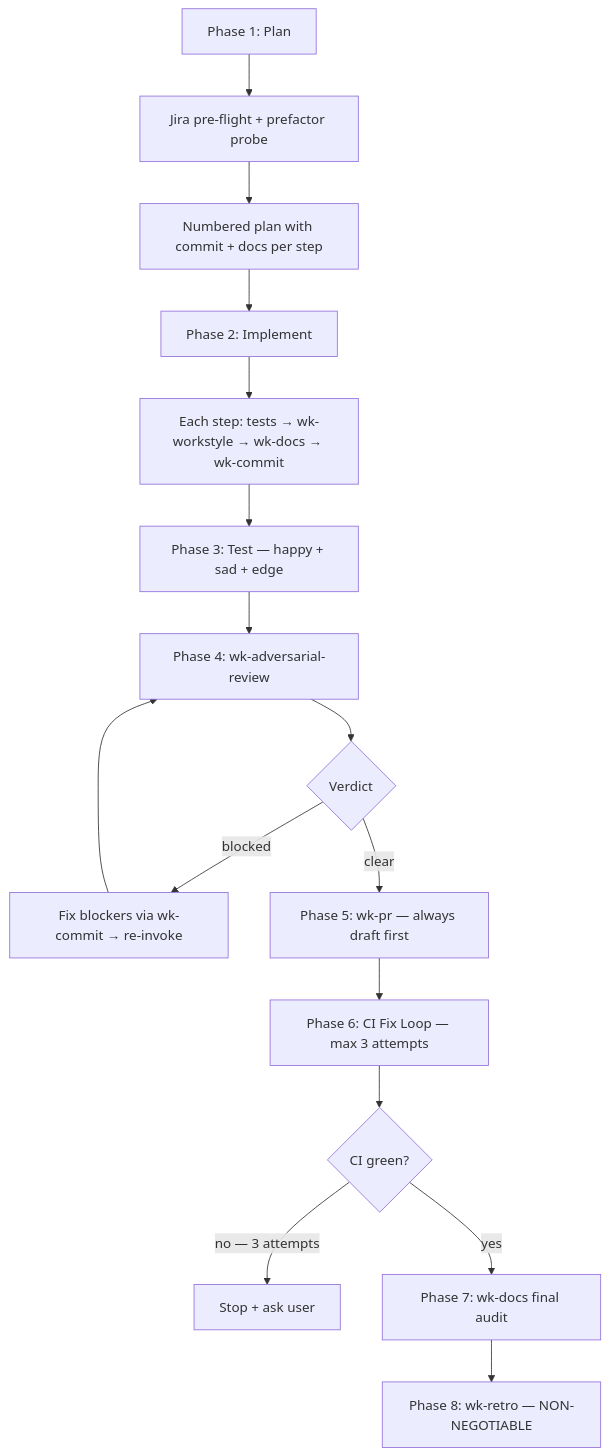
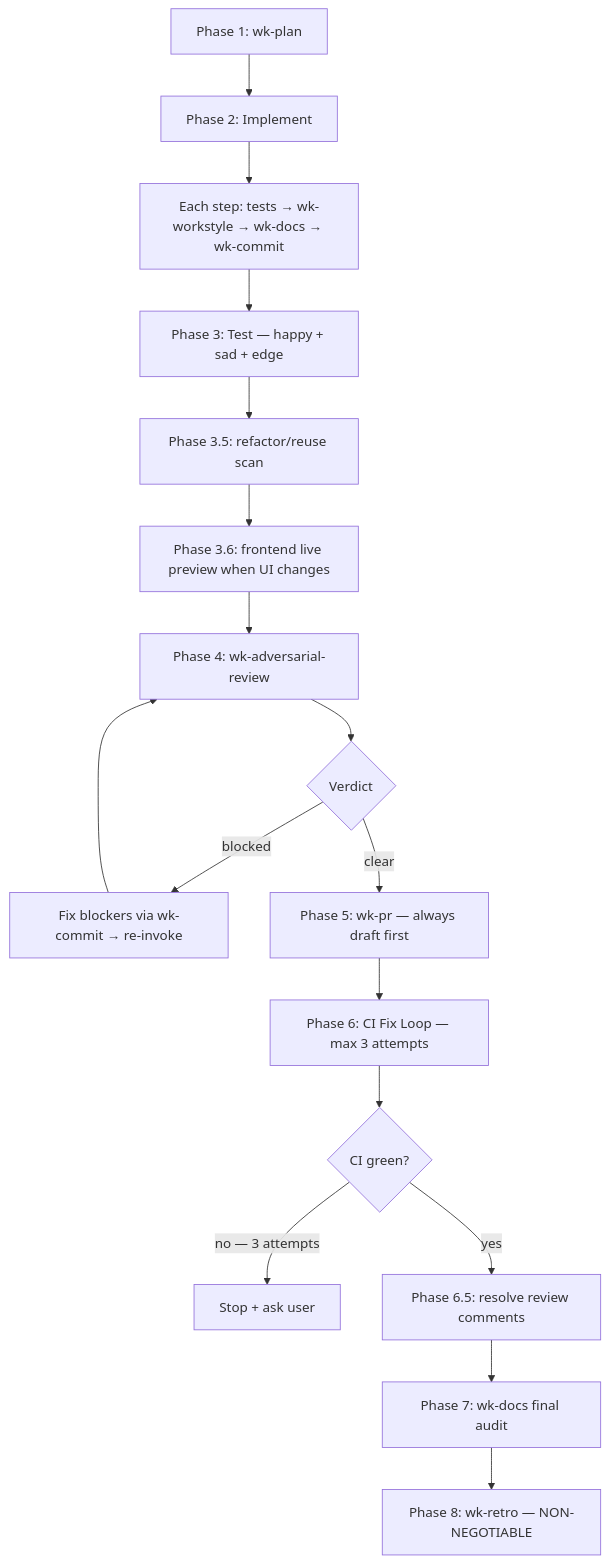
The diagram in skills/workflow/README.md (whizzzkid/skills), drawn with Mermaid before and after one commit. The commit also changed other lines of this file and 161 other files, not shown here.

````diff
--- a/skills/workflow/README.md
+++ b/skills/workflow/README.md
@@ -16,22 +16,25 @@
 ```mermaid
 flowchart TD
-    A[Phase 1: Plan] --> A1[Jira pre-flight + prefactor probe]
-    A1 --> A2[Numbered plan with commit + docs per step]
-    A2 --> B[Phase 2: Implement]
+    A[Phase 1: wk-plan] --> B[Phase 2: Implement]
     B --> B1[Each step: tests → wk-workstyle → wk-docs → wk-commit]
     B1 --> C[Phase 3: Test — happy + sad + edge]
-    C --> D[Phase 4: wk-adversarial-review]
+    C --> C1[Phase 3.5: refactor/reuse scan]
+    C1 --> C2[Phase 3.6: frontend live preview when UI changes]
+    C2 --> D[Phase 4: wk-adversarial-review]
     D --> E{Verdict}
     E -->|blocked| F[Fix blockers via wk-commit → re-invoke]
     F --> D
     E -->|clear| G[Phase 5: wk-pr — always draft first]
     G --> H[Phase 6: CI Fix Loop — max 3 attempts]
     H --> I{CI green?}
     I -->|no — 3 attempts| J[Stop + ask user]
-    I -->|yes| K[Phase 7: wk-docs final audit]
-    K --> L[Phase 8: wk-retro — NON-NEGOTIABLE]
+    I -->|yes| K[Phase 6.5: resolve review comments]
+    K --> L[Phase 7: wk-docs final audit]
+    L --> M[Phase 8: wk-retro — NON-NEGOTIABLE]
+    click A href "../plan/README.md" _blank
     click D href "../adversarial-review/README.md" _blank
     click G href "../pr/README.md" _blank
-    click K href "../docs/README.md" _blank
-    click L href "../retro/README.md" _blank
+    click K href "../pr-resolve/README.md" _blank
+    click L href "../docs/README.md" _blank
+    click M href "../retro/README.md" _blank
 ```
````
